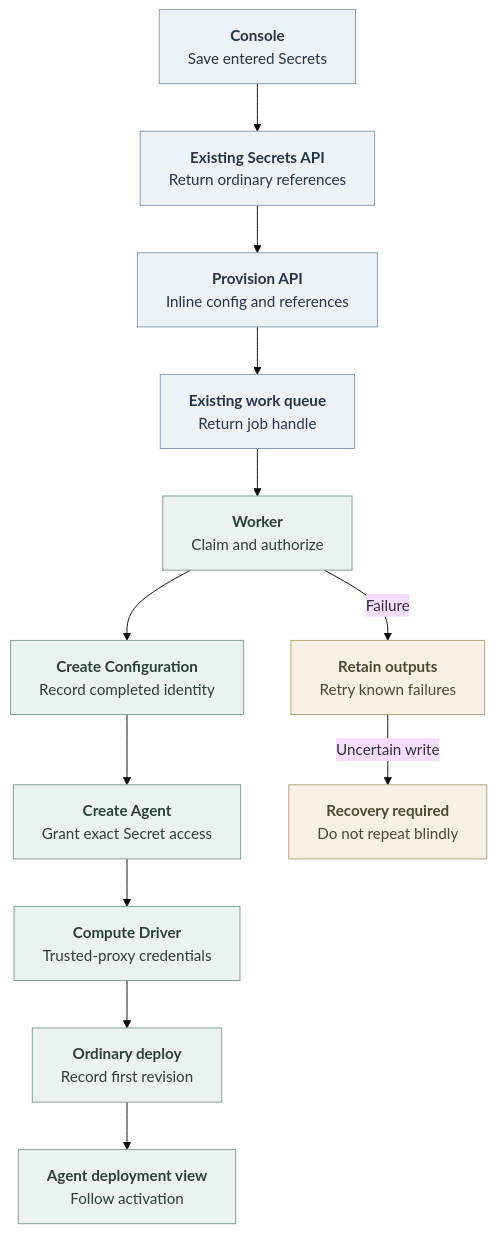
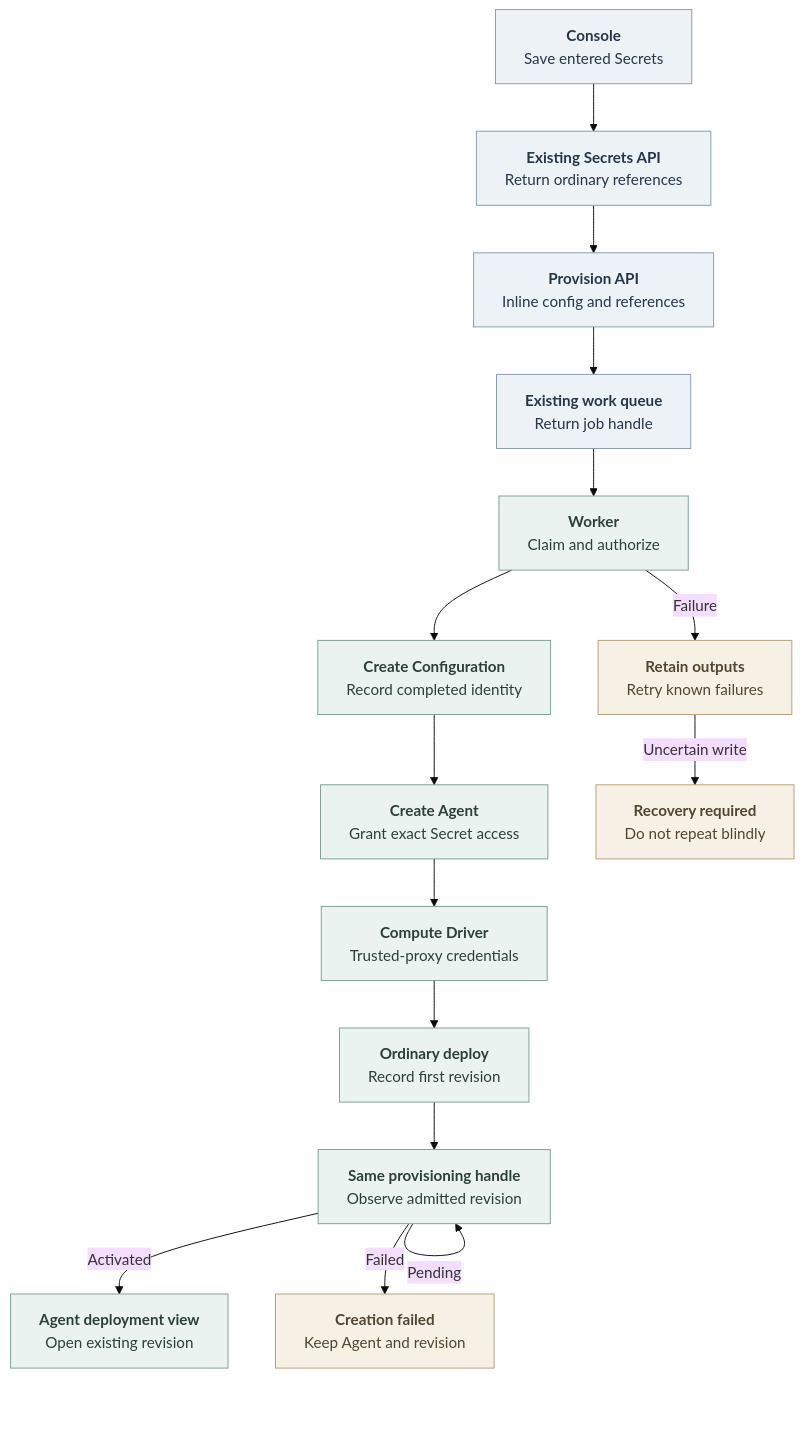
The diagram in docs/flows/agent-provisioning.md (derekwaynecarr/openclaw-enterprise), drawn with Mermaid (base theme) before and after one commit. The commit also changed other lines of this file and 48 other files, not shown here.

````diff
--- a/docs/flows/agent-provisioning.md
+++ b/docs/flows/agent-provisioning.md
@@ -23,21 +23,24 @@
 ```mermaid
 graph TD
   Console["<b>Console</b><br/>Save entered Secrets"] --> Secrets["<b>Existing Secrets API</b><br/>Return ordinary references"]
   Secrets --> API["<b>Provision API</b><br/>Inline config and references"]
   API --> Queue["<b>Existing work queue</b><br/>Return job handle"]
   Queue --> Claim["<b>Worker</b><br/>Claim and authorize"]
   Claim --> Config["<b>Create Configuration</b><br/>Record completed identity"]
   Config --> Agent["<b>Create Agent</b><br/>Grant exact Secret access"]
   Agent --> Transport["<b>Compute Driver</b><br/>Trusted-proxy credentials"]
   Transport --> Deploy["<b>Ordinary deploy</b><br/>Record first revision"]
-  Deploy --> UI["<b>Agent deployment view</b><br/>Follow activation"]
+  Deploy --> Observe["<b>Same provisioning handle</b><br/>Observe admitted revision"]
+  Observe -->|Pending| Observe
+  Observe -->|Activated| UI["<b>Agent deployment view</b><br/>Open existing revision"]
+  Observe -->|Failed| Terminal["<b>Creation failed</b><br/>Keep Agent and revision"]
   Claim -->|Failure| Failed["<b>Retain outputs</b><br/>Retry known failures"]
   Failed -->|Uncertain write| Recovery["<b>Recovery required</b><br/>Do not repeat blindly"]
 
   classDef state fill:#EDF2F7,stroke:#879AB0,color:#25364A,stroke-width:1px
   classDef operation fill:#EBF3F0,stroke:#7F9D93,color:#2B4038,stroke-width:1px
   classDef condition fill:#F7F1E5,stroke:#B3A078,color:#514532,stroke-width:1px
   class Console,Secrets,API,Queue state
-  class Claim,Config,Agent,Transport,Deploy,UI operation
-  class Failed,Recovery condition
+  class Claim,Config,Agent,Transport,Deploy,Observe,UI operation
+  class Failed,Recovery,Terminal condition
 ```
````
